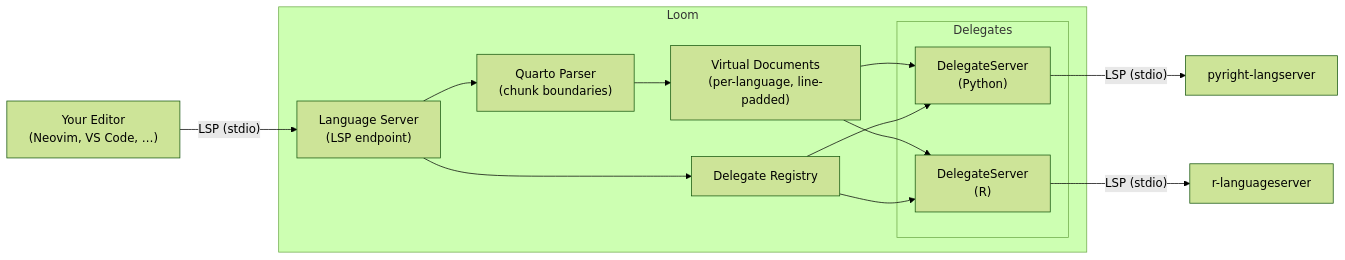
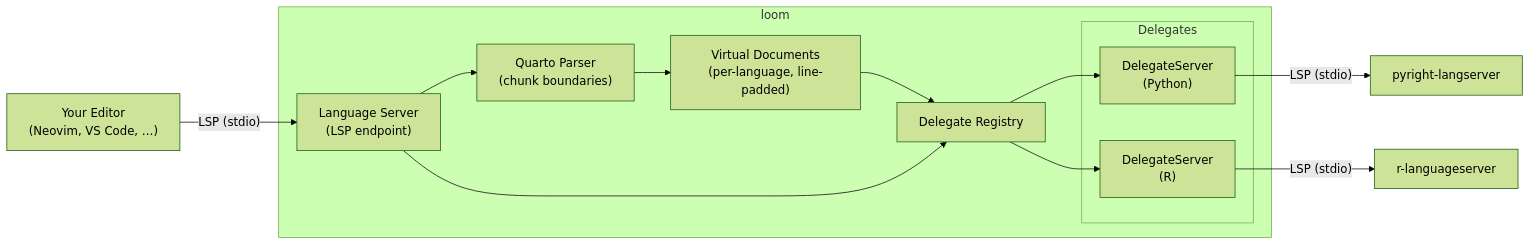
One commit to PMassicotte/loom-lsp changed the diagram in README.md. Above: the diagram before and after it, drawn with Mermaid (forest theme). The commit also changed other lines of this file, not shown here.

First line of the commit message:
docs(README.md): update loom description and add configuration details

````diff
--- a/README.md
+++ b/README.md
@@ -30,30 +28,29 @@
 ```mermaid
 flowchart LR
     Editor["Your Editor\n(Neovim, VS Code, …)"]
 
-    subgraph Loom
+    subgraph loom
         LS["Language Server\n(LSP endpoint)"]
         Parser["Quarto Parser\n(chunk boundaries)"]
         VDocs["Virtual Documents\n(per-language, line-padded)"]
         Registry["Delegate Registry"]
 
         subgraph Delegates
             DS1["DelegateServer\n(Python)"]
             DS2["DelegateServer\n(R)"]
         end
     end
 
     Pyright["pyright-langserver"]
     RLS["r-languageserver"]
 
     Editor -- "LSP (stdio)" --> LS
     LS --> Parser
     Parser --> VDocs
-    VDocs --> DS1
-    VDocs --> DS2
+    VDocs --> Registry
     LS --> Registry
     Registry --> DS1
     Registry --> DS2
     DS1 -- "LSP (stdio)" --> Pyright
     DS2 -- "LSP (stdio)" --> RLS
 ```
````
